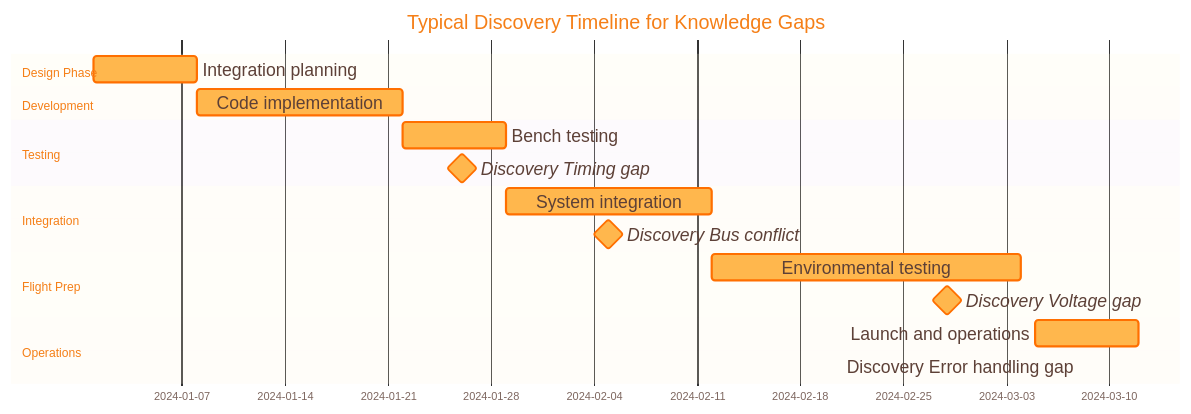
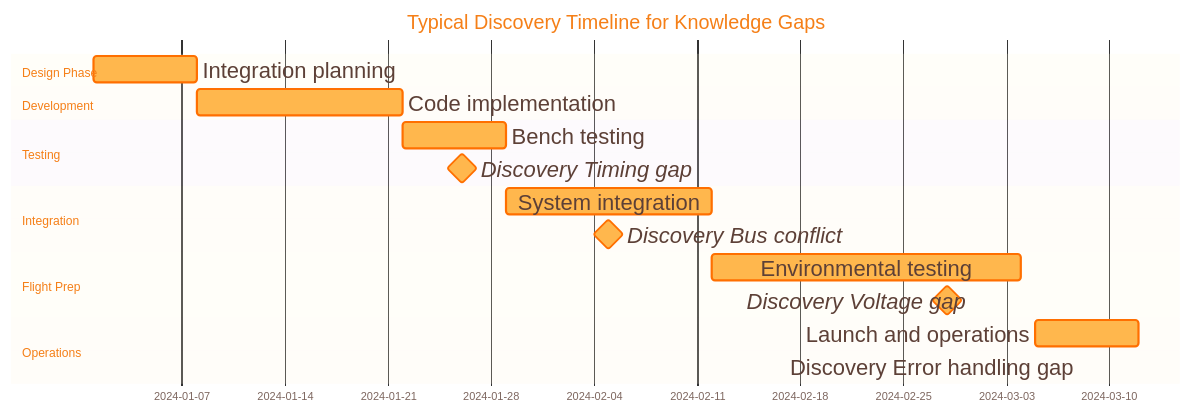
Before and after one commit to Lizo-RoadTown/PROVES_LIBRARY: the ninth of 9 diagrams in docs/diagrams/knowledge-gaps.md, drawn with Mermaid. The commit also changed other lines of this file and 9 other files, not shown here.

Commit message:
Fix flowchart fonts: increase to 20px with CSS !important rules

```diff
--- a/docs/diagrams/knowledge-gaps.md
+++ b/docs/diagrams/knowledge-gaps.md
@@ -2081,12 +2097,14 @@
 ---
 config:
   theme: base
-  fontSize: 16
+  fontSize: 20
   themeCSS: |
     .node rect, .cluster rect, .edgePath path { transition: filter 0.2s ease, stroke-width: 0.2s ease; }
     .node:hover rect, .cluster:hover rect, .edgePath:hover path { filter: drop-shadow(0 0 8px rgba(0,0,0,0.35)); stroke-width: 3px; }
     .edgeLabel rect { rx: 6px; ry: 6px; stroke-width: 1px; }
     .cluster-label { font-weight: 600; }
+    .node .label, .nodeLabel, .node foreignObject div, .edgeLabel { font-size: 20px !important; font-family: "Segoe UI", Tahoma, Geneva, Verdana, sans-serif !important; }
+    .node.decision .label, .node polygon + .label { font-size: 18px !important; }
   themeVariables:
     primaryColor: '#FFF3E0'
     secondaryColor: '#F3E5F5'
@@ -2101,7 +2119,7 @@
     textColor: '#5D4037'
     lineColor: '#FF9800'
     fontFamily: '"Segoe UI", Tahoma, Geneva, Verdana, sans-serif'
-    fontSize: '16px'
+    fontSize: '20px'
     nodeBorder: '#FF6F00'
     mainBkg: '#FFF3E0'
     clusterBkg: '#F3E5F5'
@@ -2157,7 +2175,7 @@
     attributeBackgroundColorOdd: '#FFF8E1'
     attributeBackgroundColorEven: '#FFF3E0'
   gantt:
-    fontSize: 16
+    fontSize: 20
     barHeight: 24
     barGap: 6
     topPadding: 50
```
